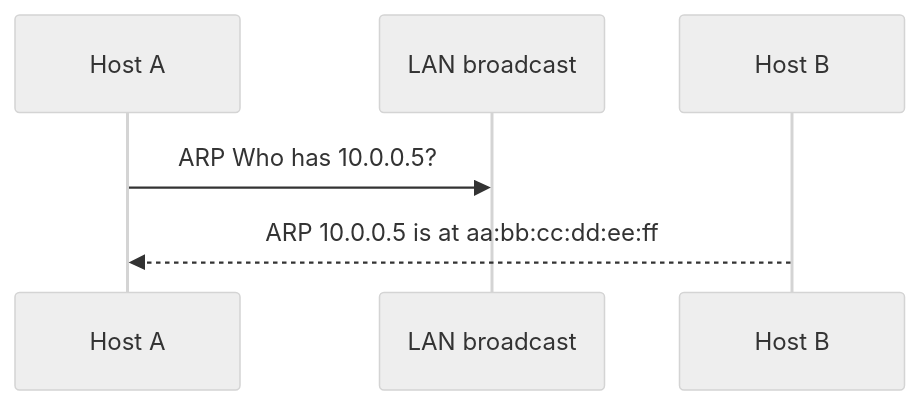
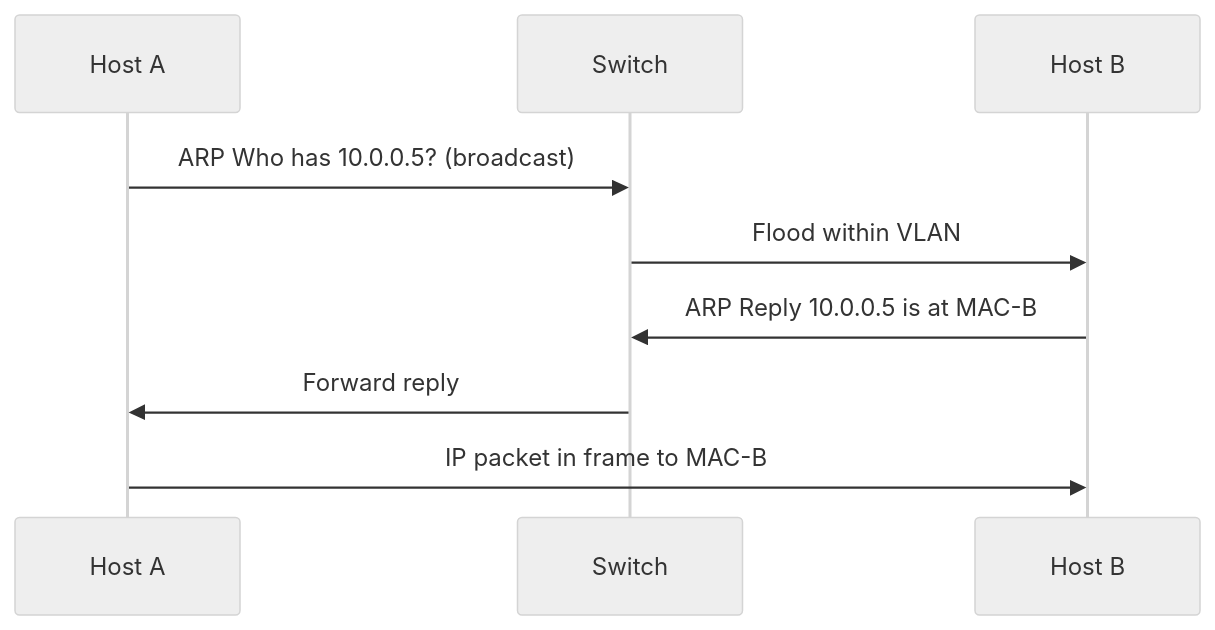
The fifth of 8 diagrams in learning/04-data-link-layer.md (omnayak27199/pktana), drawn with Mermaid (neutral theme) before and after one commit. The commit also changed other lines of this file and 14 other files, not shown here.

````diff
--- a/learning/04-data-link-layer.md
+++ b/learning/04-data-link-layer.md
@@ -69,8 +180,11 @@
 ```mermaid
 sequenceDiagram
   participant A as Host A
-  participant LAN as LAN broadcast
+  participant S as Switch
   participant B as Host B
-  A->>LAN: ARP Who has 10.0.0.5?
-  B-->>A: ARP 10.0.0.5 is at aa:bb:cc:dd:ee:ff
+  A->>S: ARP Who has 10.0.0.5? (broadcast)
+  S->>B: Flood within VLAN
+  B->>S: ARP Reply 10.0.0.5 is at MAC-B
+  S->>A: Forward reply
+  A->>B: IP packet in frame to MAC-B
 ```
````
